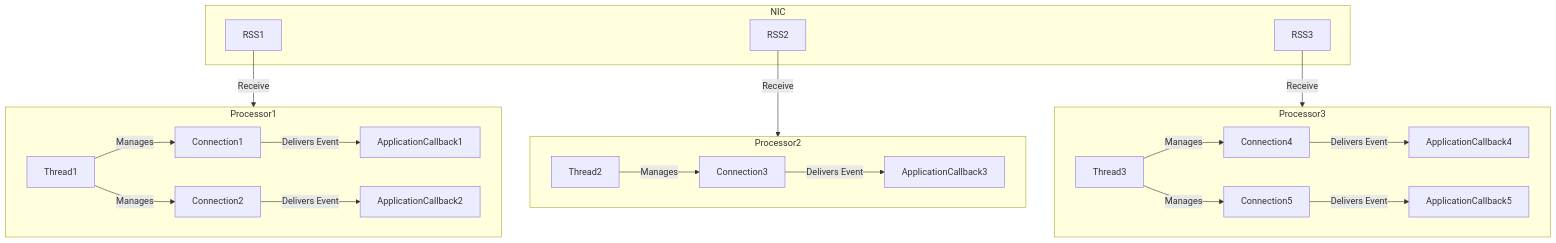
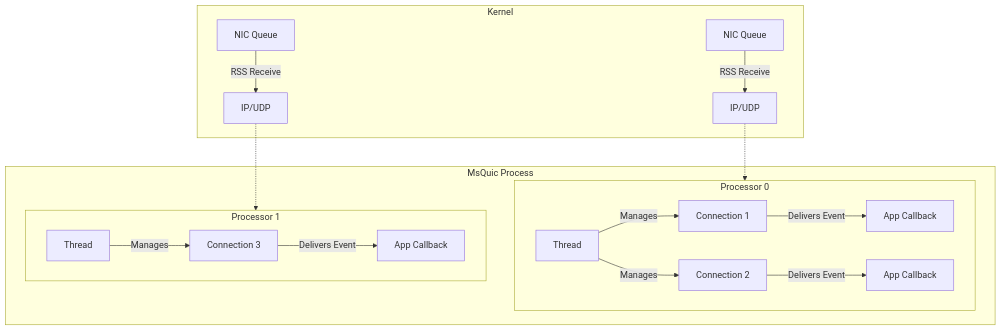
Before and after one commit to microsoft/msquic: the diagram in docs/Execution.md, drawn with Mermaid.

Commit message:
Update diagram

````diff
--- a/docs/Execution.md
+++ b/docs/Execution.md
@@ -83,30 +83,25 @@
 ```mermaid
 graph TD
-    subgraph NIC
-        RSS1
-        RSS2
-        RSS3
+    subgraph Kernel
+        NIC-Queue1[NIC Queue]
+        NIC-Queue2[NIC Queue]
+        NIC-Queue1 -->|RSS Receive| UDP1[IP/UDP]
+        NIC-Queue2 -->|RSS Receive| UDP2[IP/UDP]
     end
-    RSS1 -->|Receive| Processor1
-    RSS2 -->|Receive| Processor2
-    RSS3 -->|Receive| Processor3
-    subgraph Processor1
-        Thread1
-        Thread1 -->|Manages| Connection1
-        Thread1 -->|Manages| Connection2
-        Connection1 -->|Delivers Event| ApplicationCallback1
-        Connection2 -->|Delivers Event| ApplicationCallback2
-    end
-    subgraph Processor2
-        Thread2
-        Thread2 -->|Manages| Connection3
-        Connection3 -->|Delivers Event| ApplicationCallback3
-    end
-    subgraph Processor3
-        Thread3
-        Thread3 -->|Manages| Connection4
-        Thread3 -->|Manages| Connection5
-        Connection4 -->|Delivers Event| ApplicationCallback4
-        Connection5 -->|Delivers Event| ApplicationCallback5
+    subgraph MsQuic Process
+        UDP1 -.-> Processor1
+        UDP2 -.-> Processor2
+        subgraph Processor1[Processor 0]
+            Thread1[Thread]
+            Thread1 -->|Manages| Connection1[Connection 1]
+            Thread1 -->|Manages| Connection2[Connection 2]
+            Connection1 -->|Delivers Event| ApplicationCallback1[App Callback]
+            Connection2 -->|Delivers Event| ApplicationCallback2[App Callback]
+        end
+        subgraph Processor2[Processor 1]
+            Thread2[Thread]
+            Thread2 -->|Manages| Connection3[Connection 3]
+            Connection3 -->|Delivers Event| ApplicationCallback3[App Callback]
+        end
     end
 ```
````
